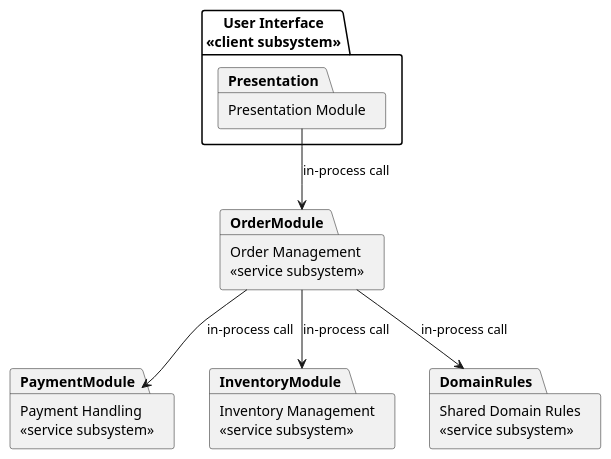
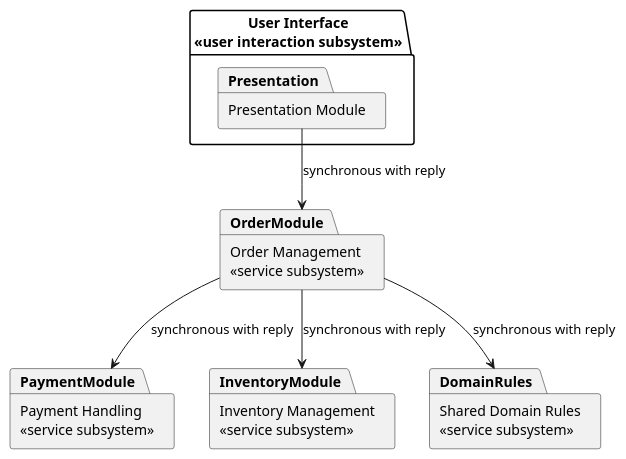
The seventh of 13 diagrams in .agents/.skills/comet-diagrams/references/plantuml-templates.md (nttung42/SWD392), drawn with PlantUML before and after one commit. The commit also changed other lines of this file and 4 other files, not shown here.

````diff
--- a/.agents/.skills/comet-diagrams/references/plantuml-templates.md
+++ b/.agents/.skills/comet-diagrams/references/plantuml-templates.md
@@ -130,17 +151,17 @@
 ```plantuml
 @startuml
-package "User Interface\n«client subsystem»" as UI {
+package "User Interface\n«user interaction subsystem»" as UI {
   package "Presentation Module" as Presentation
 }
 
 package "Order Management\n«service subsystem»" as OrderModule
 package "Payment Handling\n«service subsystem»" as PaymentModule
 package "Inventory Management\n«service subsystem»" as InventoryModule
 package "Shared Domain Rules\n«service subsystem»" as DomainRules
 
-Presentation --> OrderModule : in-process call
-OrderModule --> DomainRules : in-process call
-OrderModule --> PaymentModule : in-process call
-OrderModule --> InventoryModule : in-process call
+Presentation --> OrderModule : synchronous with reply
+OrderModule --> DomainRules : synchronous with reply
+OrderModule --> PaymentModule : synchronous with reply
+OrderModule --> InventoryModule : synchronous with reply
 @enduml
 ```
````
